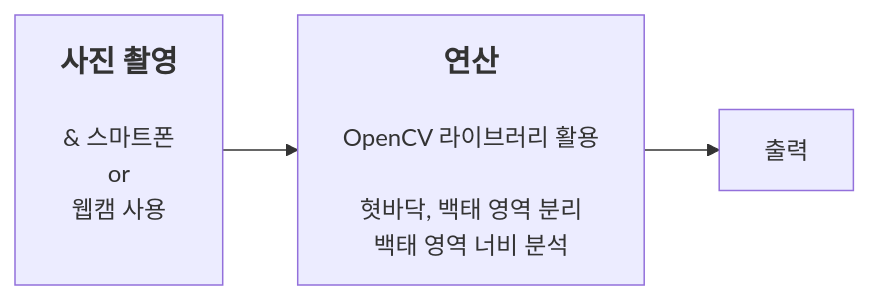
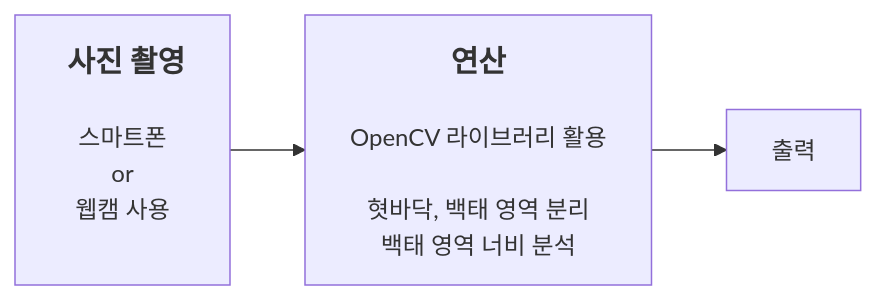
Before and after one commit to 201710808/-p: the diagram in Readme.md, drawn with Mermaid.

````diff
--- a/Readme.md
+++ b/Readme.md
@@ -3,5 +3,5 @@
 ```mermaid
 graph LR
-A[<b><span style='font-size:20px'>사진 촬영</span></b><br><br>&#160;스마트폰\nor\n웹캠 사용<br><br>]-->B[<b><span style='font-size:20px'>연산</span></b><br><br>OpenCV 라이브러리 활용<br><br>혓바닥, 백태 영역 분리<br>백태 영역 너비 분석]
+A[<b><span style='font-size:20px'>&#160;사진 촬영</span></b><br><br>스마트폰\nor\n웹캠 사용<br><br>]-->B[<b><span style='font-size:20px'>연산</span></b><br><br>OpenCV 라이브러리 활용<br><br>혓바닥, 백태 영역 분리<br>백태 영역 너비 분석]
 B-->C[출력]
 ```
````
